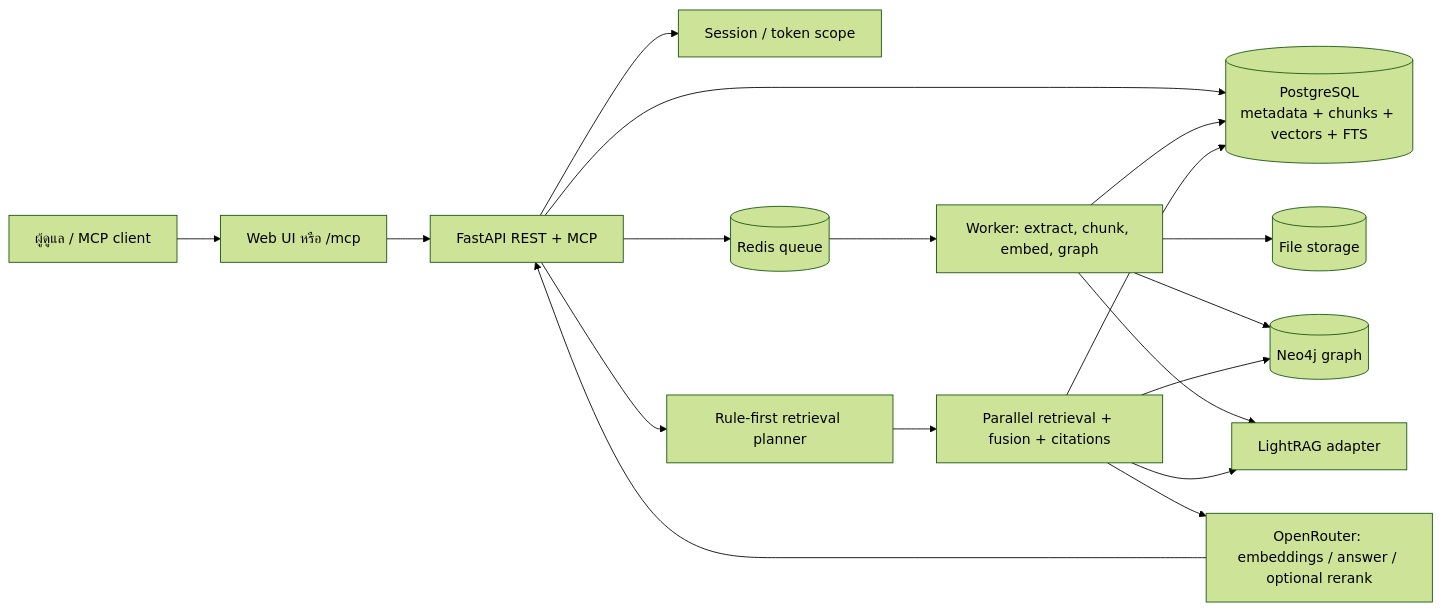
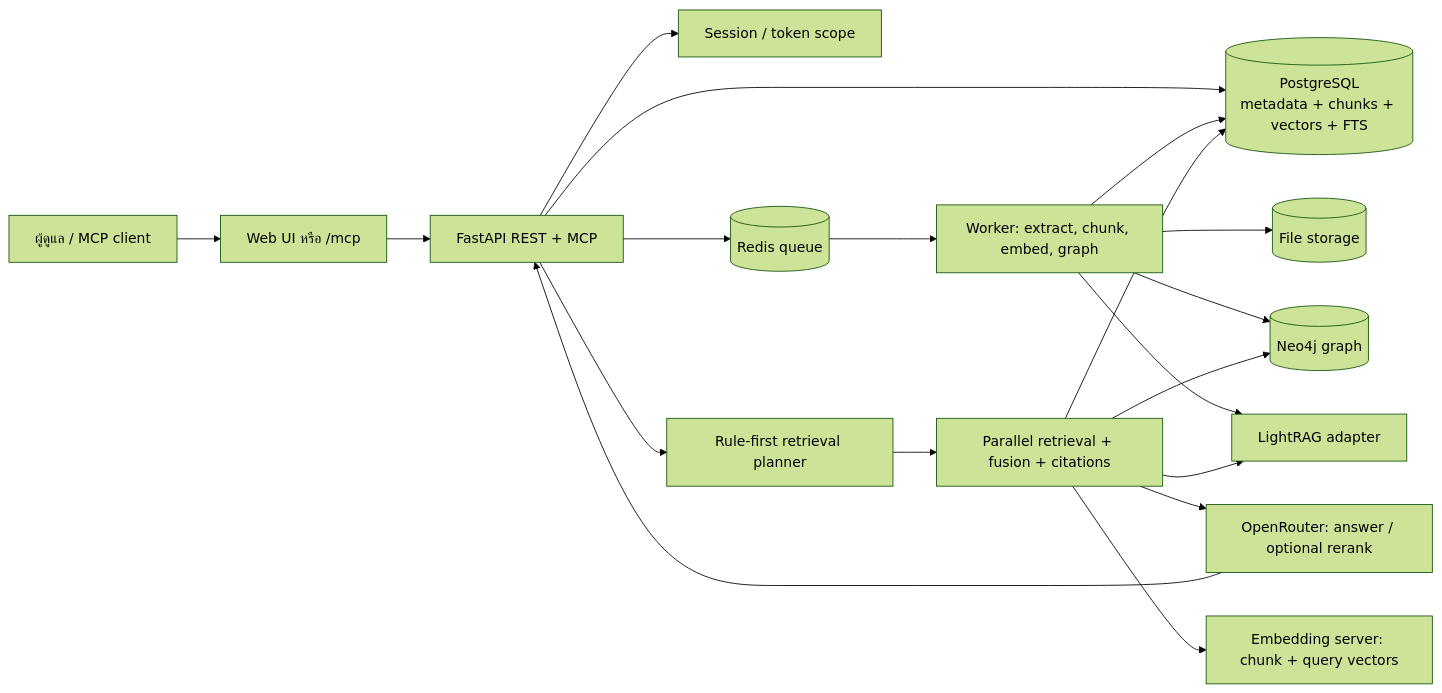
Before and after one commit to rujirapongsn2/Softnix_Knowledge_Intelligence: the diagram in README.md, drawn with Mermaid (forest theme). The commit also changed 21 other files, not shown here.

First line of the commit message:
Serve embeddings from a configurable OpenAI-compatible server and default the LLM to Claude Sonnet 5.5 (api, web, deploy)

````diff
--- a/README.md
+++ b/README.md
@@ -24,20 +24,21 @@
 ```mermaid
 flowchart LR
   User[ผู้ดูแล / MCP client] --> Web[Web UI หรือ /mcp]
   Web --> API[FastAPI REST + MCP]
   API --> Auth[Session / token scope]
   API --> PG[(PostgreSQL<br/>metadata + chunks + vectors + FTS)]
   API --> Redis[(Redis queue)]
   Redis --> Worker[Worker: extract, chunk, embed, graph]
   Worker --> Files[(File storage)]
   Worker --> PG
   Worker --> Neo4j[(Neo4j graph)]
   Worker --> RAG[LightRAG adapter]
   API --> Planner[Rule-first retrieval planner]
   Planner --> Executor[Parallel retrieval + fusion + citations]
   Executor --> PG
   Executor --> Neo4j
   Executor --> RAG
-  Executor --> LLM[OpenRouter: embeddings / answer / optional rerank]
+  Executor --> LLM[OpenRouter: answer / optional rerank]
+  Executor --> EMB[Embedding server: chunk + query vectors]
   LLM --> API
 ```
````
